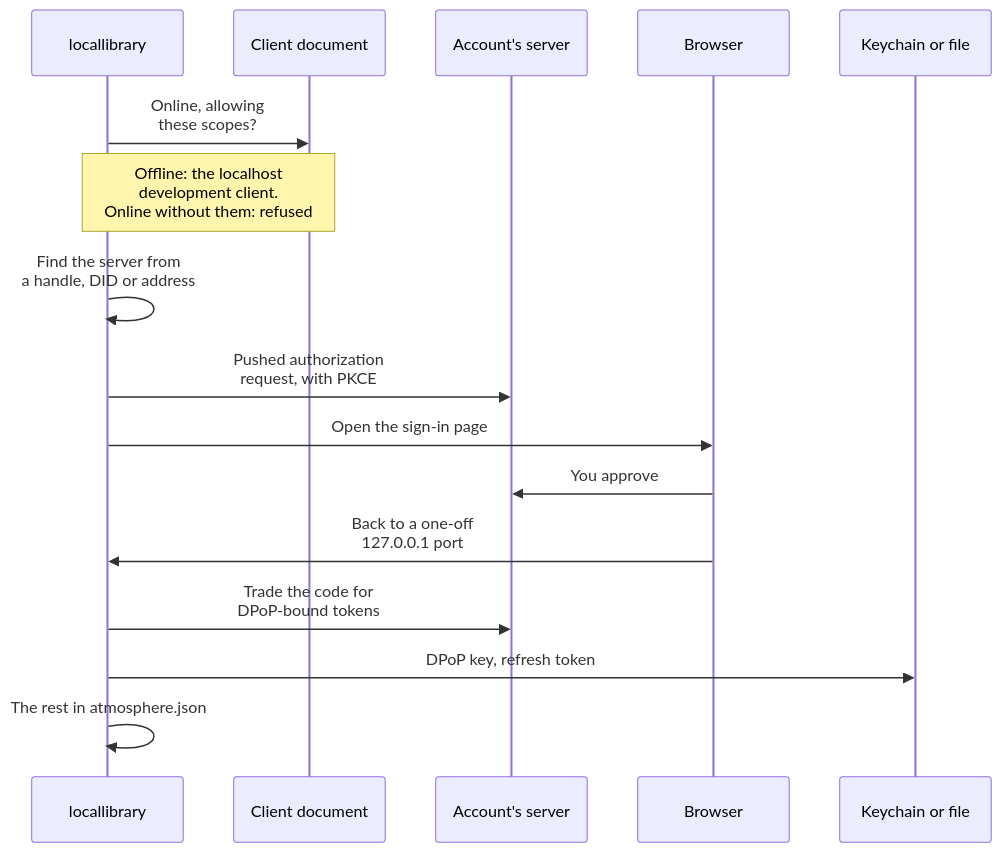
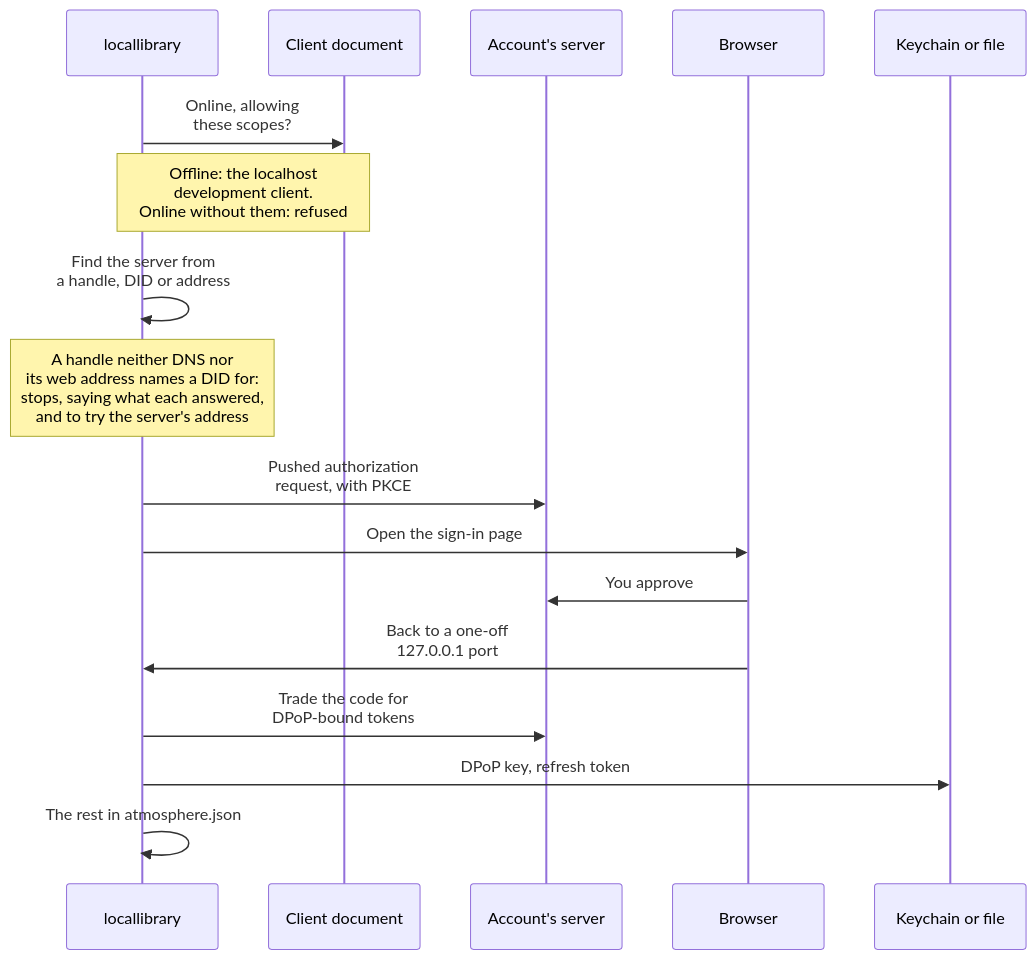
Before and after one commit to cutenode/localnetwork: the second of 11 diagrams in apps/locallibrary/docs/diagrams/accounts.md, drawn with Mermaid.

Commit message:
docs(locallibrary): the sign-in diagram says what happens to a handle that can't be found

````diff
--- a/apps/locallibrary/docs/diagrams/accounts.md
+++ b/apps/locallibrary/docs/diagrams/accounts.md
@@ -52,18 +52,19 @@
 ```mermaid
 sequenceDiagram
     participant L as locallibrary
     participant C as Client document
     participant S as Account's server
     participant B as Browser
     participant K as Keychain or file
     L->>C: Online, allowing<br/>these scopes?
     Note over L,C: Offline: the localhost<br/>development client.<br/>Online without them: refused
     L->>L: Find the server from<br/>a handle, DID or address
+    Note over L: A handle neither DNS nor<br/>its web address names a DID for:<br/>stops, saying what each answered,<br/>and to try the server's address
     L->>S: Pushed authorization<br/>request, with PKCE
     L->>B: Open the sign-in page
     B->>S: You approve
     B->>L: Back to a one-off<br/>127.0.0.1 port
     L->>S: Trade the code for<br/>DPoP-bound tokens
     L->>K: DPoP key, refresh token
     L->>L: The rest in atmosphere.json
 ```
````
